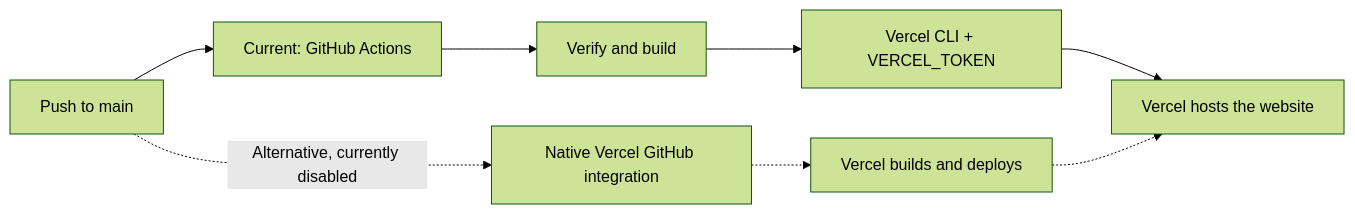
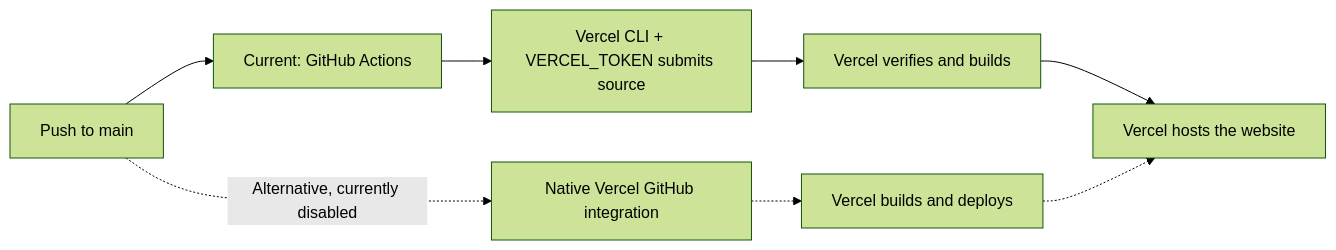
The second of 3 diagrams in docs/system-design/delivery.md (EricTsai83/recordstuff), drawn with Mermaid (forest theme) before and after one commit. The commit also changed other lines of this file and 9 other files, not shown here.

First line of the commit message:
ci(website): submit source for Vercel remote builds

````diff
--- a/docs/system-design/delivery.md
+++ b/docs/system-design/delivery.md
@@ -35,10 +35,10 @@
 ```mermaid
 flowchart LR
     P["Push to main"] --> G["Current: GitHub Actions"]
-    G --> C["Verify and build"]
-    C --> K["Vercel CLI + VERCEL_TOKEN"]
-    K --> V["Vercel hosts the website"]
+    G --> K["Vercel CLI + VERCEL_TOKEN submits source"]
+    K --> C["Vercel verifies and builds"]
+    C --> V["Vercel hosts the website"]
     P -. "Alternative, currently disabled" .-> I["Native Vercel GitHub integration"]
     I -.-> B["Vercel builds and deploys"]
     B -.-> V
 ```
````
